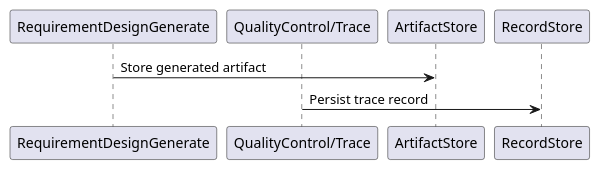
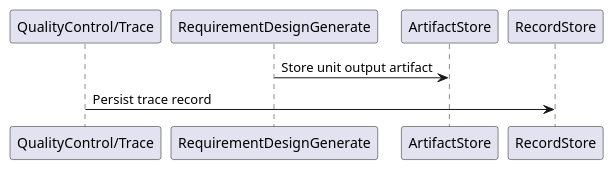
The second of 4 diagrams in project_layer/docs/breakdown_docs/data_store_design.md (lucky-chen/ai_workflow_travel), drawn with PlantUML before and after one commit. The commit also changed other lines of this file and 16 other files, not shown here.

````diff
--- a/project_layer/docs/breakdown_docs/data_store_design.md
+++ b/project_layer/docs/breakdown_docs/data_store_design.md
@@ -89,11 +88,11 @@
 ```plantuml
 @startuml
+participant "QualityControl/Trace" as Trace
 participant RequirementDesignGenerate
-participant "QualityControl/Trace" as Trace
 participant ArtifactStore
 participant RecordStore
 
-RequirementDesignGenerate -> ArtifactStore: Store generated artifact
+RequirementDesignGenerate -> ArtifactStore: Store unit output artifact
 Trace -> RecordStore: Persist trace record
 @enduml
 ```
````
